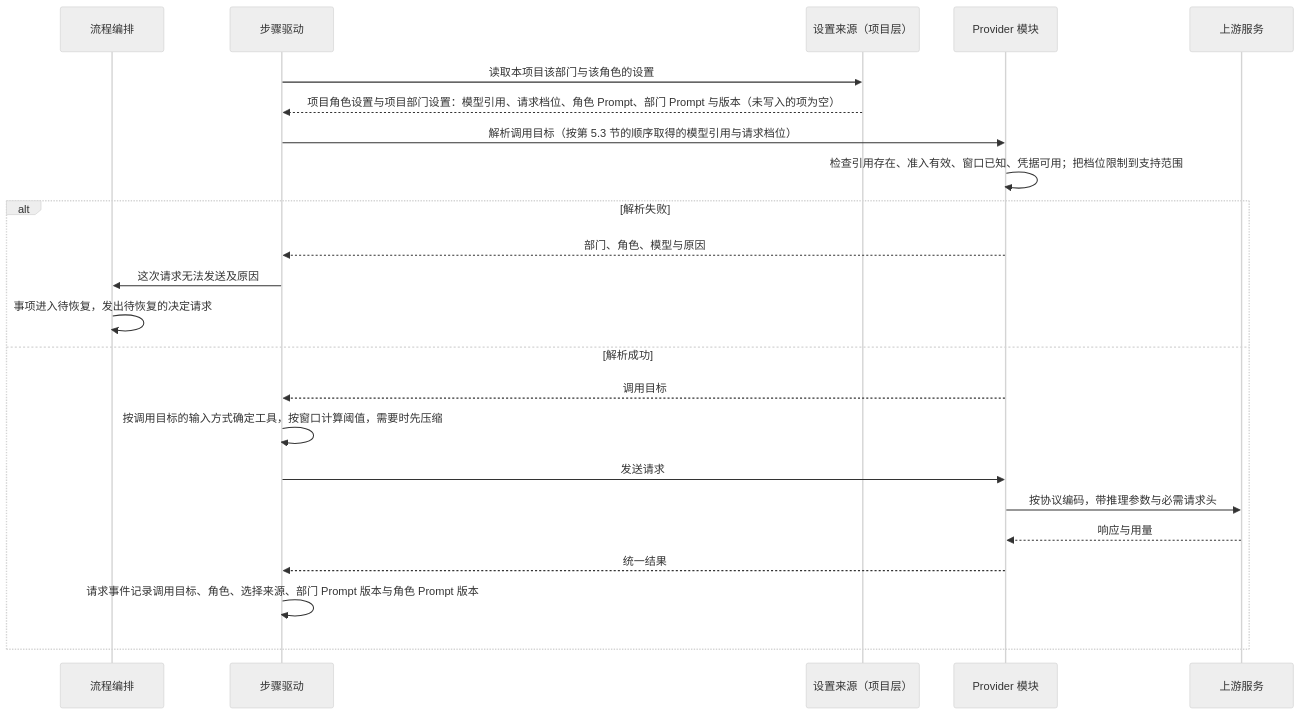
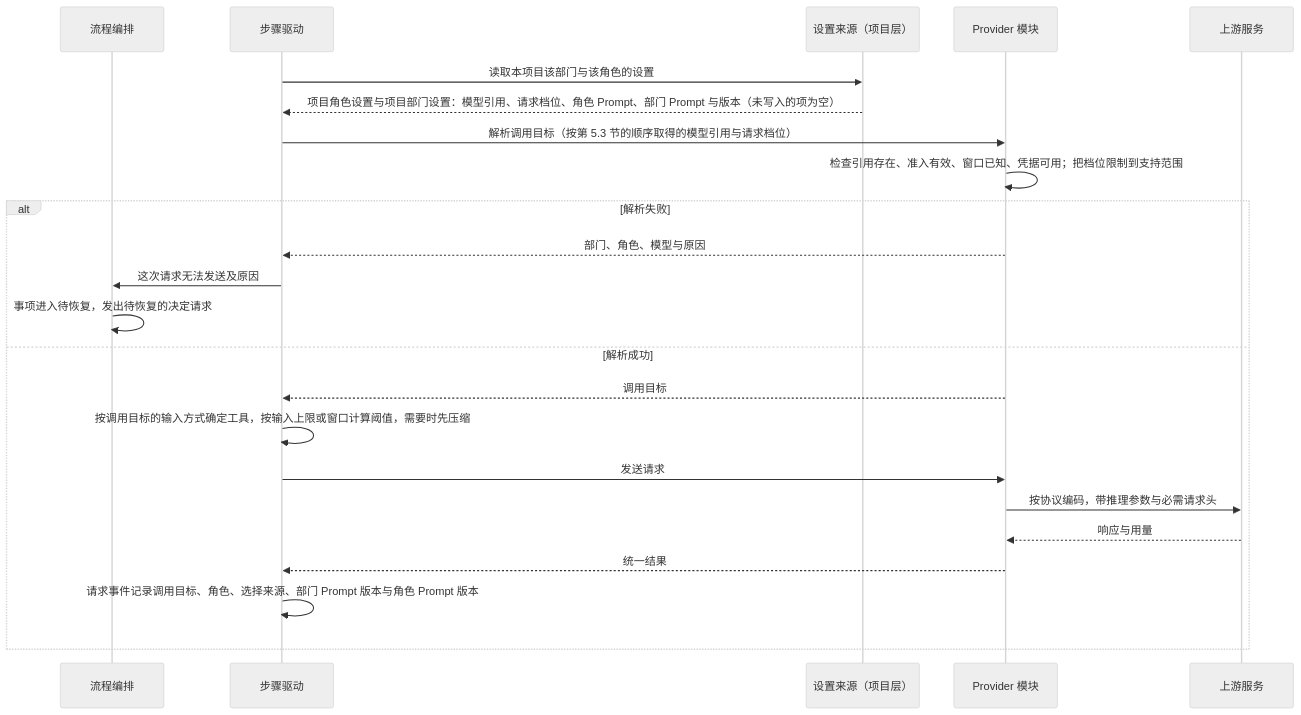
The fourth of 4 diagrams in docs/design/model-management.md (bender2333/yudao), drawn with Mermaid (neutral theme) before and after one commit. The commit also changed other lines of this file and 69 other files, not shown here.

````diff
--- a/docs/design/model-management.md
+++ b/docs/design/model-management.md
@@ -276,25 +276,25 @@
 ```mermaid
 sequenceDiagram
   participant O as 流程编排
   participant S as 步骤驱动
   participant Src as 设置来源（项目层）
   participant PM as Provider 模块
   participant Up as 上游服务
   S->>Src: 读取本项目该部门与该角色的设置
   Src-->>S: 项目角色设置与项目部门设置：模型引用、请求档位、角色 Prompt、部门 Prompt 与版本（未写入的项为空）
   S->>PM: 解析调用目标（按第 5.3 节的顺序取得的模型引用与请求档位）
   PM->>PM: 检查引用存在、准入有效、窗口已知、凭据可用；把档位限制到支持范围
   alt 解析失败
     PM-->>S: 部门、角色、模型与原因
     S->>O: 这次请求无法发送及原因
     O->>O: 事项进入待恢复，发出待恢复的决定请求
   else 解析成功
     PM-->>S: 调用目标
-    S->>S: 按调用目标的输入方式确定工具，按窗口计算阈值，需要时先压缩
+    S->>S: 按调用目标的输入方式确定工具，按输入上限或窗口计算阈值，需要时先压缩
     S->>PM: 发送请求
     PM->>Up: 按协议编码，带推理参数与必需请求头
     Up-->>PM: 响应与用量
     PM-->>S: 统一结果
     S->>S: 请求事件记录调用目标、角色、选择来源、部门 Prompt 版本与角色 Prompt 版本
   end
 ```
````
